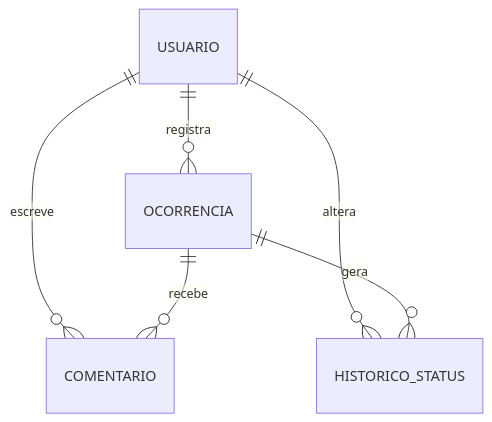
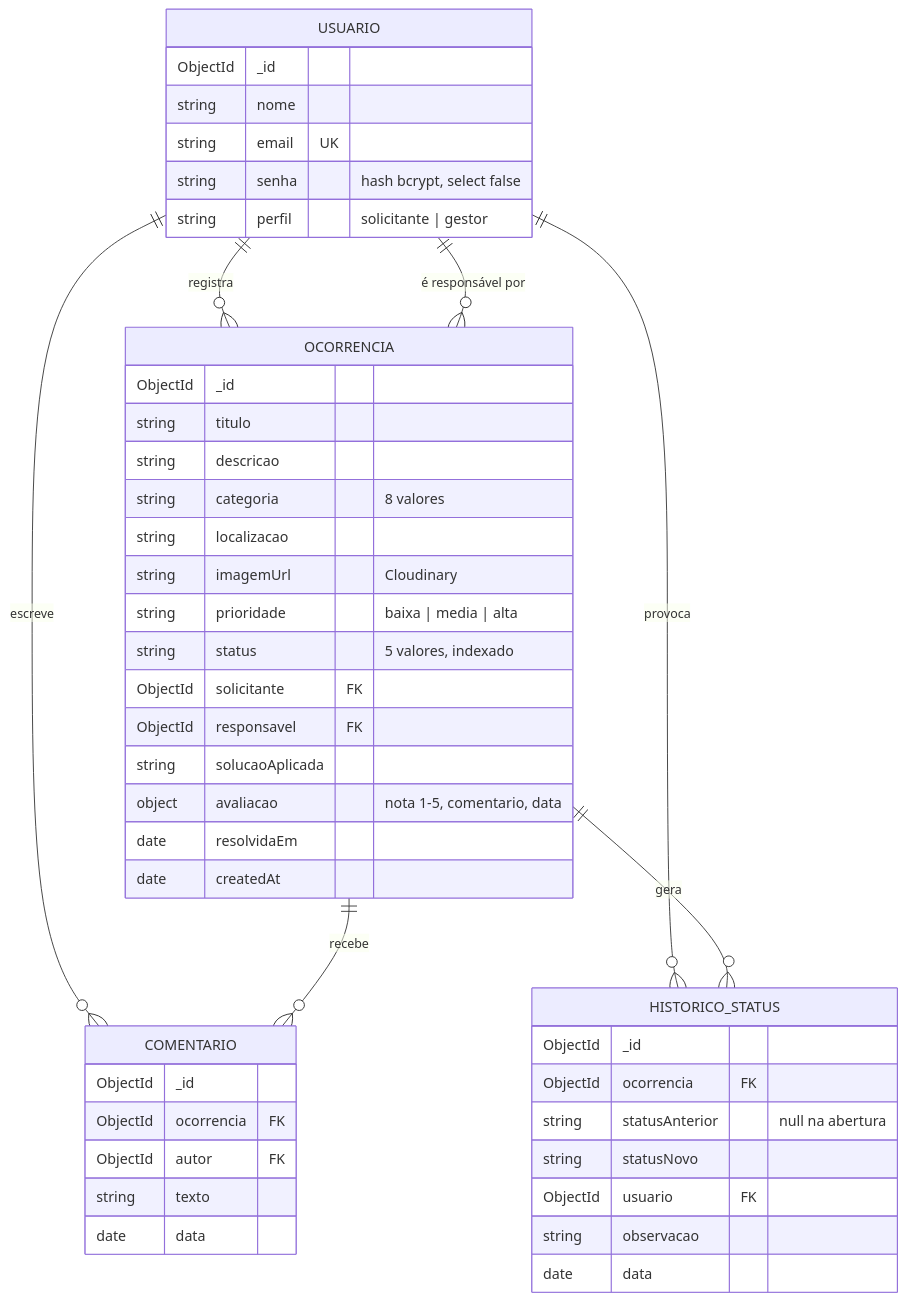
One commit to AndreBorges-Git/resolve-ai changed the fifth of 6 diagrams in docs/ARQUITETURA.md. Above: the diagram before and after it, drawn with Mermaid. The commit also changed other lines of this file and 34 other files, not shown here.

````diff
--- a/docs/ARQUITETURA.md
+++ b/docs/ARQUITETURA.md
@@ -45,8 +202,49 @@
 ```mermaid
 erDiagram
     USUARIO ||--o{ OCORRENCIA : registra
+    USUARIO ||--o{ OCORRENCIA : "é responsável por"
     USUARIO ||--o{ COMENTARIO : escreve
-    USUARIO ||--o{ HISTORICO_STATUS : altera
+    USUARIO ||--o{ HISTORICO_STATUS : provoca
     OCORRENCIA ||--o{ COMENTARIO : recebe
     OCORRENCIA ||--o{ HISTORICO_STATUS : gera
+
+    USUARIO {
+        ObjectId _id
+        string nome
+        string email UK
+        string senha "hash bcrypt, select false"
+        string perfil "solicitante | gestor"
+    }
+    OCORRENCIA {
+        ObjectId _id
+        string titulo
+        string descricao
+        string categoria "8 valores"
+        string localizacao
+        string imagemUrl "Cloudinary"
+        string prioridade "baixa | media | alta"
+        string status "5 valores, indexado"
+        ObjectId solicitante FK
+        ObjectId responsavel FK
+        string solucaoAplicada
+        object avaliacao "nota 1-5, comentario, data"
+        date resolvidaEm
+        date createdAt
+    }
+    HISTORICO_STATUS {
+        ObjectId _id
+        ObjectId ocorrencia FK
+        string statusAnterior "null na abertura"
+        string statusNovo
+        ObjectId usuario FK
+        string observacao
+        date data
+    }
+    COMENTARIO {
+        ObjectId _id
+        ObjectId ocorrencia FK
+        ObjectId autor FK
+        string texto
+        date data
+    }
 ```
````
